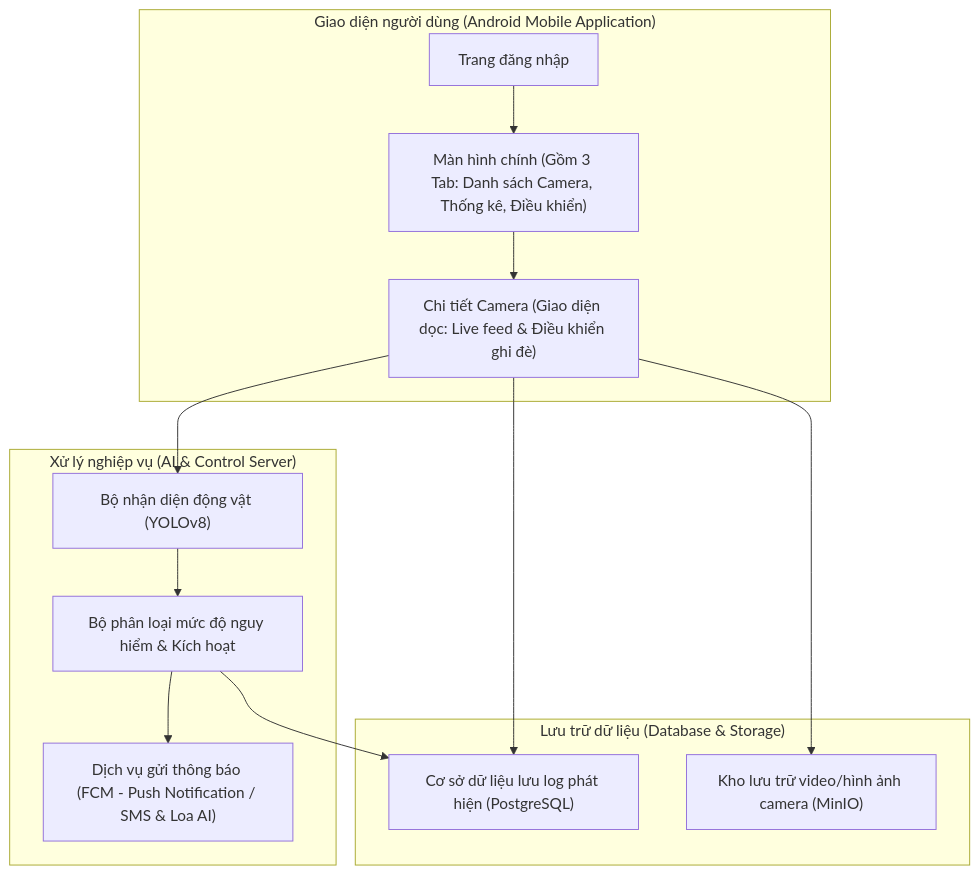
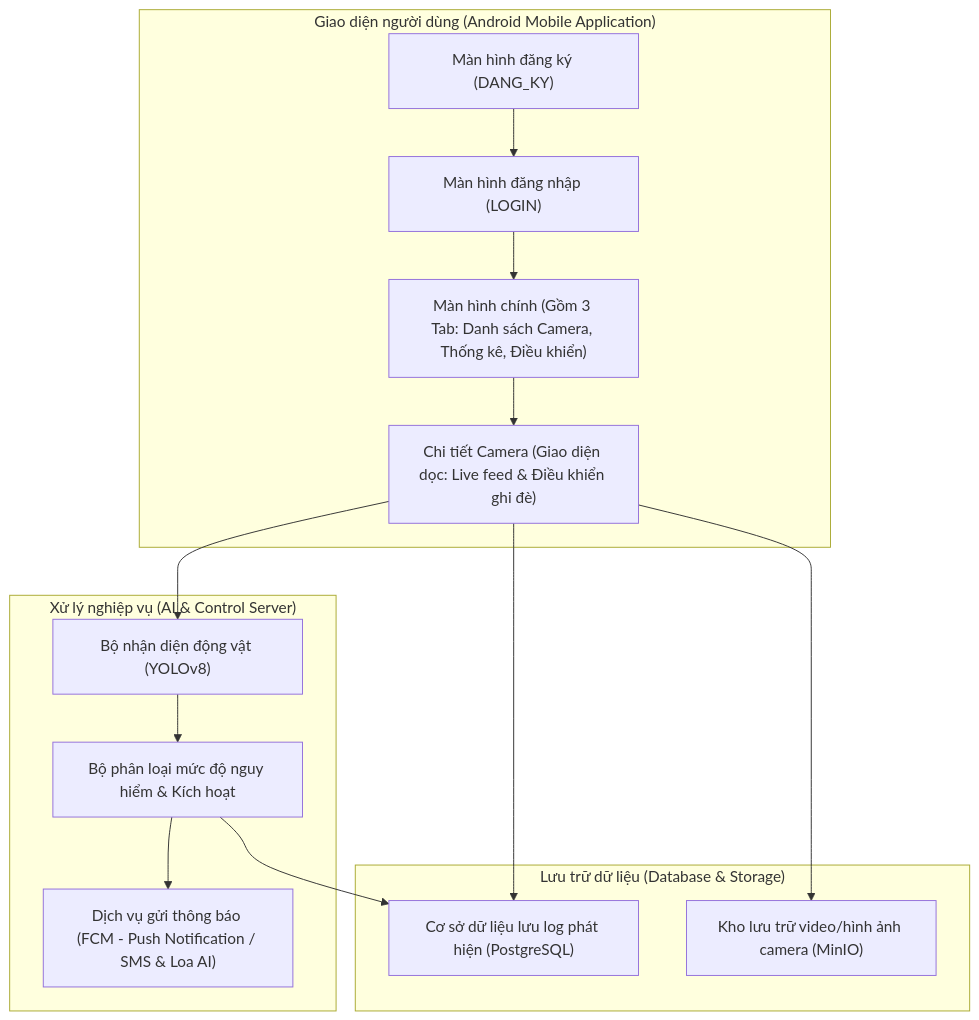
Before and after one commit to trungnguyenthien/Wildlife-Warning-and-Deterrence-System: the first of 3 diagrams in outputs/de-tai-nghien-cuu-canh-bao-dong-vat.md, drawn with Mermaid. The commit also changed other lines of this file, not shown here.

````diff
--- a/outputs/de-tai-nghien-cuu-canh-bao-dong-vat.md
+++ b/outputs/de-tai-nghien-cuu-canh-bao-dong-vat.md
@@ -97,26 +97,28 @@
 ```mermaid
 flowchart TB
     subgraph UI["Giao diện người dùng (Android Mobile Application)"]
-        A["Trang đăng nhập"]
+        R["Màn hình đăng ký (DANG_KY)"]
+        A["Màn hình đăng nhập (LOGIN)"]
         B["Màn hình chính (Gồm 3 Tab: Danh sách Camera, Thống kê, Điều khiển)"]
         C["Chi tiết Camera (Giao diện dọc: Live feed & Điều khiển ghi đè)"]
     end
     subgraph Logic["Xử lý nghiệp vụ (AI & Control Server)"]
         D["Bộ nhận diện động vật (YOLOv8)"]
         E["Bộ phân loại mức độ nguy hiểm & Kích hoạt"]
         F["Dịch vụ gửi thông báo (FCM - Push Notification / SMS & Loa AI)"]
     end
     subgraph Data["Lưu trữ dữ liệu (Database & Storage)"]
         G["Cơ sở dữ liệu lưu log phát hiện (PostgreSQL)"]
         H["Kho lưu trữ video/hình ảnh camera (MinIO)"]
     end
 
+    R --> A
     A --> B
     B --> C
     C --> D
     D --> E
     E --> F
     E --> G
     C --> G
     C --> H
 ```
````
